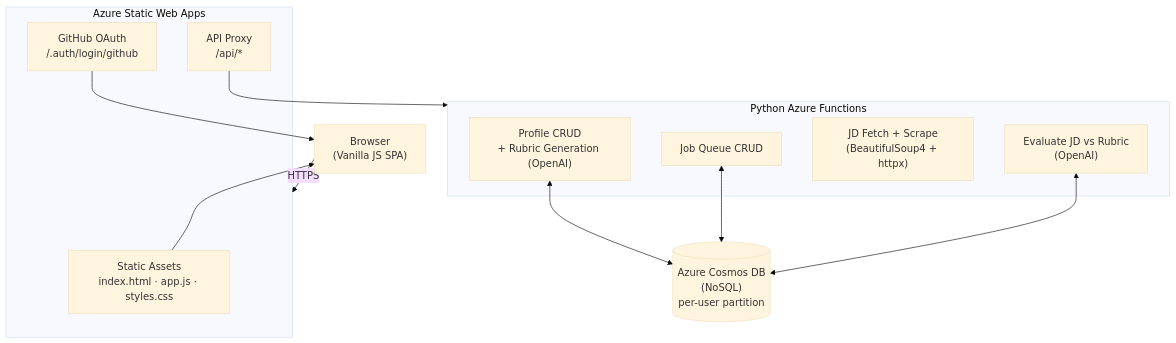
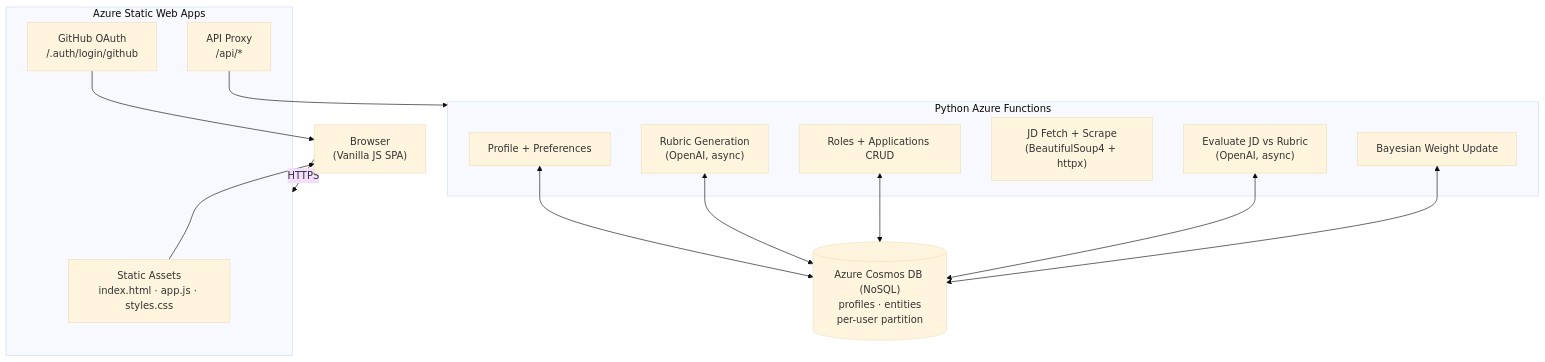
Before and after one commit to codexsameen/job-role-evaluator: the first of 2 diagrams in README.md, drawn with Mermaid (base theme). The commit also changed other lines of this file, not shown here.

````diff
--- a/README.md
+++ b/README.md
@@ -27,27 +29,31 @@
 ```mermaid
 flowchart TD
     Browser["Browser\n(Vanilla JS SPA)"]
 
     subgraph SWA["Azure Static Web Apps"]
         Static["Static Assets\nindex.html · app.js · styles.css"]
         Auth["GitHub OAuth\n/.auth/login/github"]
         Proxy["API Proxy\n/api/*"]
     end
 
     subgraph Functions["Python Azure Functions"]
-        Profile["Profile CRUD\n+ Rubric Generation (OpenAI)"]
-        Queue["Job Queue CRUD"]
+        Profile["Profile + Preferences"]
+        Rubric["Rubric Generation\n(OpenAI, async)"]
+        Roles["Roles + Applications CRUD"]
         Fetch["JD Fetch + Scrape\n(BeautifulSoup4 + httpx)"]
-        Evaluate["Evaluate JD vs Rubric\n(OpenAI)"]
+        Evaluate["Evaluate JD vs Rubric\n(OpenAI, async)"]
+        Bayes["Bayesian Weight Update"]
     end
 
-    CosmosDB[("Azure Cosmos DB\n(NoSQL)\nper-user partition")]
+    CosmosDB[("Azure Cosmos DB (NoSQL)\nprofiles · entities\nper-user partition")]
 
     Browser -- HTTPS --> SWA
     Static --> Browser
     Auth --> Browser
     Proxy --> Functions
     Profile <--> CosmosDB
-    Queue <--> CosmosDB
+    Rubric <--> CosmosDB
+    Roles <--> CosmosDB
     Evaluate <--> CosmosDB
+    Bayes <--> CosmosDB
 ```
````
